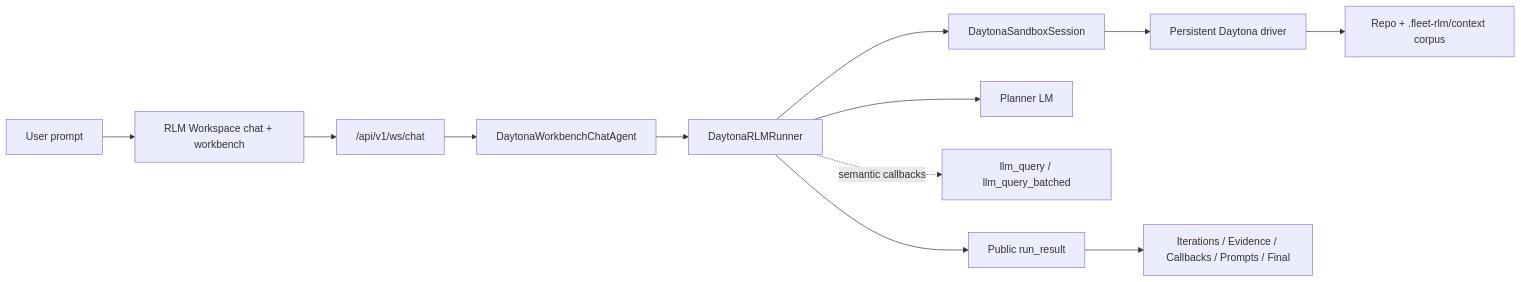
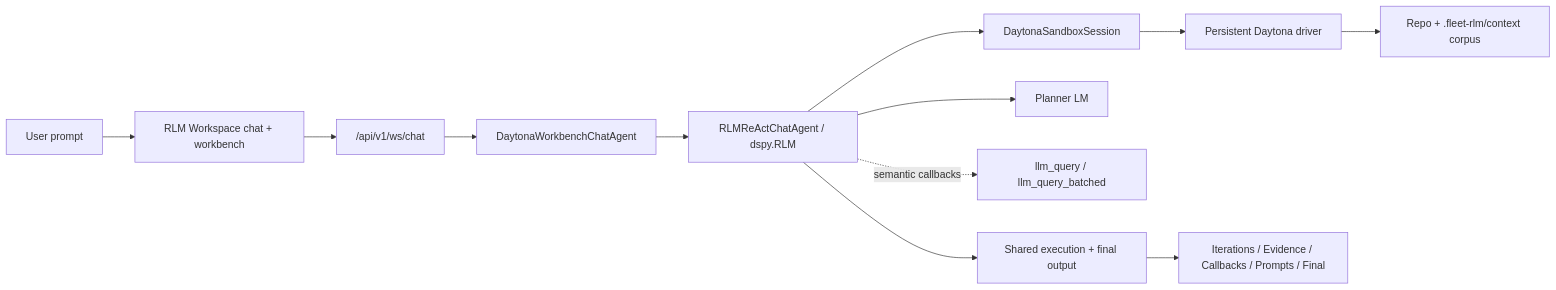
One commit to Qredence/fleet-rlm changed the second of 6 diagrams in docs/architecture.md. Above: the diagram before and after it, drawn with Mermaid. The commit also changed other lines of this file and 53 other files, not shown here.

Commit message:
migrate daytona to shared rlm runtime

````diff
--- a/docs/architecture.md
+++ b/docs/architecture.md
@@ -271,14 +258,14 @@
 ```mermaid
 flowchart LR
     User["User prompt"] --> Workspace["RLM Workspace chat + workbench"]
     Workspace --> WS["/api/v1/ws/chat"]
     WS --> Agent["DaytonaWorkbenchChatAgent"]
-    Agent --> Runner["DaytonaRLMRunner"]
-    Runner --> Session["DaytonaSandboxSession"]
-    Runner --> Planner["Planner LM"]
-    Runner -. semantic callbacks .-> Delegate["llm_query / llm_query_batched"]
+    Agent --> Shared["RLMReActChatAgent / dspy.RLM"]
+    Shared --> Session["DaytonaSandboxSession"]
+    Shared --> Planner["Planner LM"]
+    Shared -. semantic callbacks .-> Delegate["llm_query / llm_query_batched"]
     Session --> Driver["Persistent Daytona driver"]
     Driver --> Corpus["Repo + .fleet-rlm/context corpus"]
-    Runner --> Result["Public run_result"]
+    Shared --> Result["Shared execution + final output"]
     Result --> Tabs["Iterations / Evidence / Callbacks / Prompts / Final"]
 ```
````
